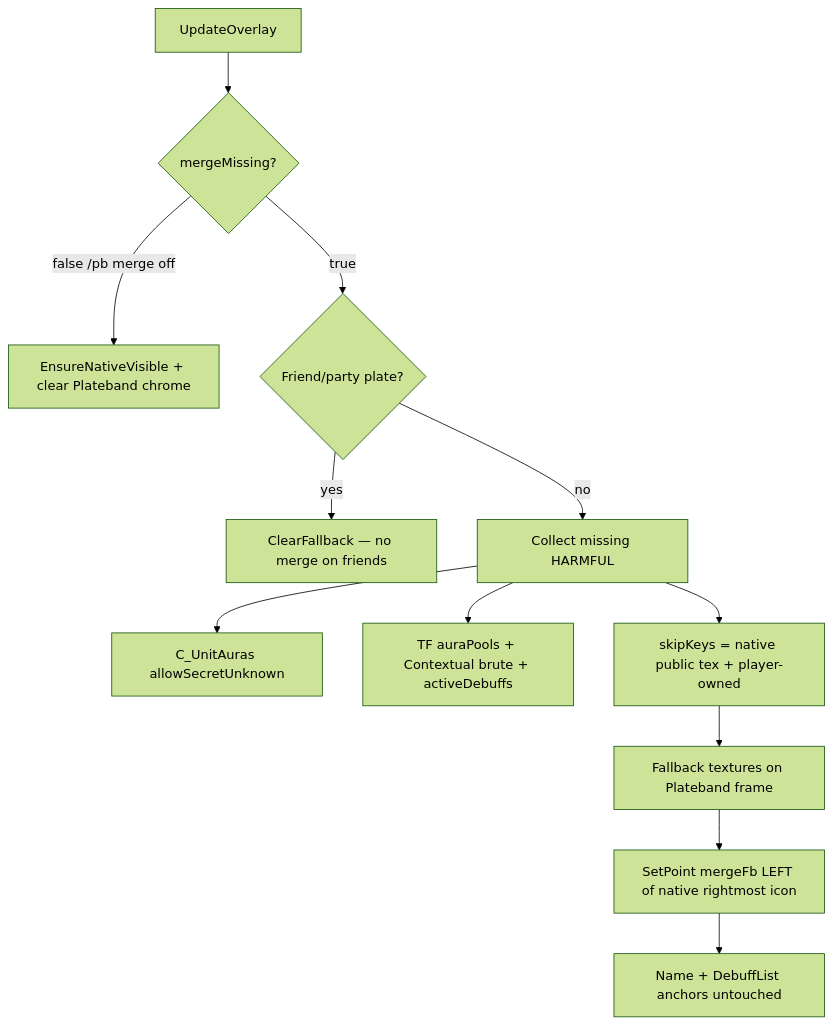
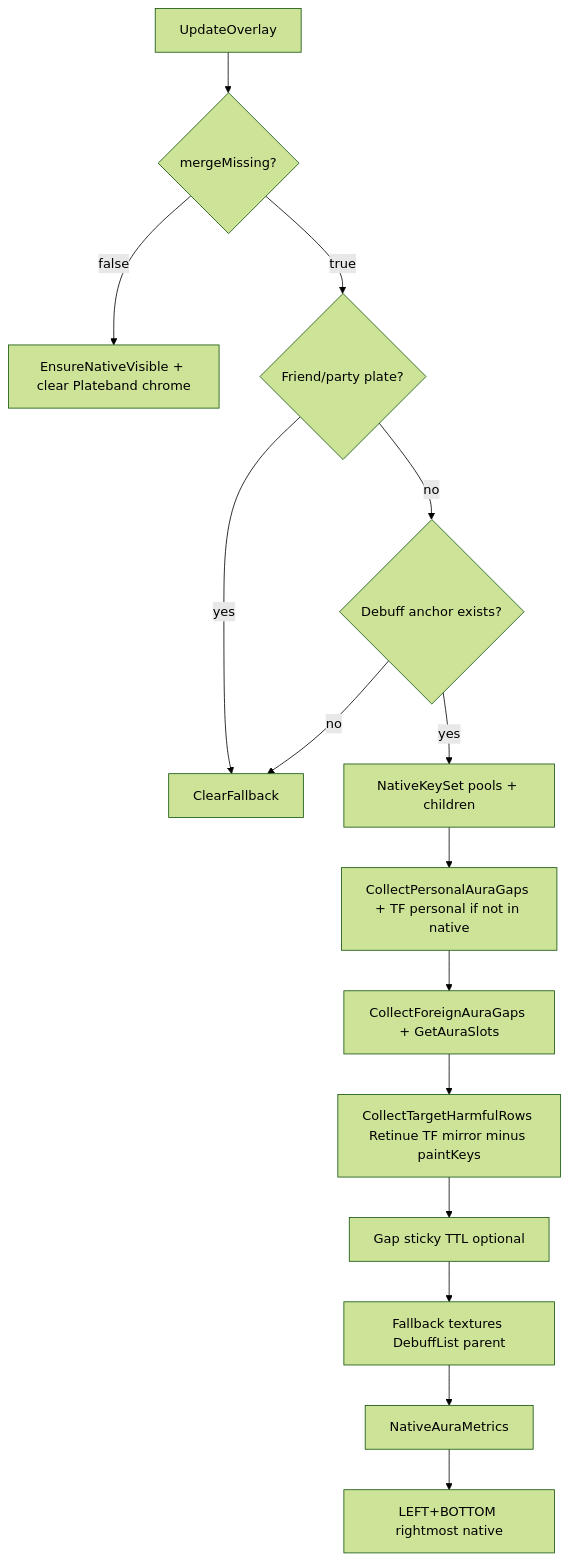
The diagram in addons/Plateband/Docs/merge-design.md (sirTurbisCZ/wow-forever-addons), drawn with Mermaid (forest theme) before and after one commit. The commit also changed other lines of this file and 11 other files, not shown here.

````diff
--- a/addons/Plateband/Docs/merge-design.md
+++ b/addons/Plateband/Docs/merge-design.md
@@ -22,14 +22,17 @@
 ```mermaid
 flowchart TD
   tick[UpdateOverlay] --> gate{mergeMissing?}
-  gate -->|false /pb merge off| nativeOnly[EnsureNativeVisible + clear Plateband chrome]
+  gate -->|false| nativeOnly[EnsureNativeVisible + clear Plateband chrome]
   gate -->|true| enemy{Friend/party plate?}
-  enemy -->|yes| skip[ClearFallback — no merge on friends]
-  enemy -->|no| collect[Collect missing HARMFUL]
-  collect --> src1[C_UnitAuras allowSecretUnknown]
-  collect --> src2[TF auraPools + Contextual brute + activeDebuffs]
-  collect --> skipKeys[skipKeys = native public tex + player-owned]
-  skipKeys --> paint[Fallback textures on Plateband frame]
-  paint --> layout[SetPoint mergeFb LEFT of native rightmost icon]
-  layout --> note[Name + DebuffList anchors untouched]
+  enemy -->|yes| skip[ClearFallback]
+  enemy -->|no| row{Debuff anchor exists?}
+  row -->|no| skip
+  row -->|yes| native[NativeKeySet pools + children]
+  native --> per[CollectPersonalAuraGaps + TF personal if not in native]
+  per --> api[CollectForeignAuraGaps + GetAuraSlots]
+  api --> tf[CollectTargetHarmfulRows Retinue TF mirror minus paintKeys]
+  tf --> sticky[Gap sticky TTL optional]
+  sticky --> paint[Fallback textures DebuffList parent]
+  paint --> metrics[NativeAuraMetrics]
+  metrics --> layout[LEFT+BOTTOM rightmost native]
 ```
````
